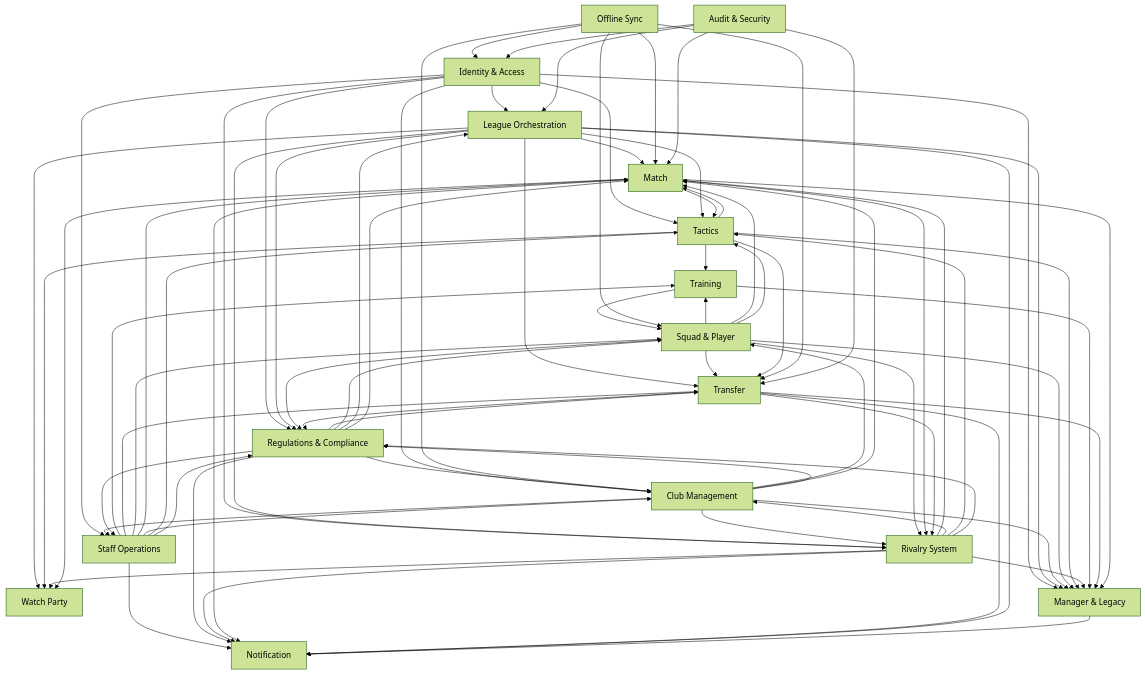
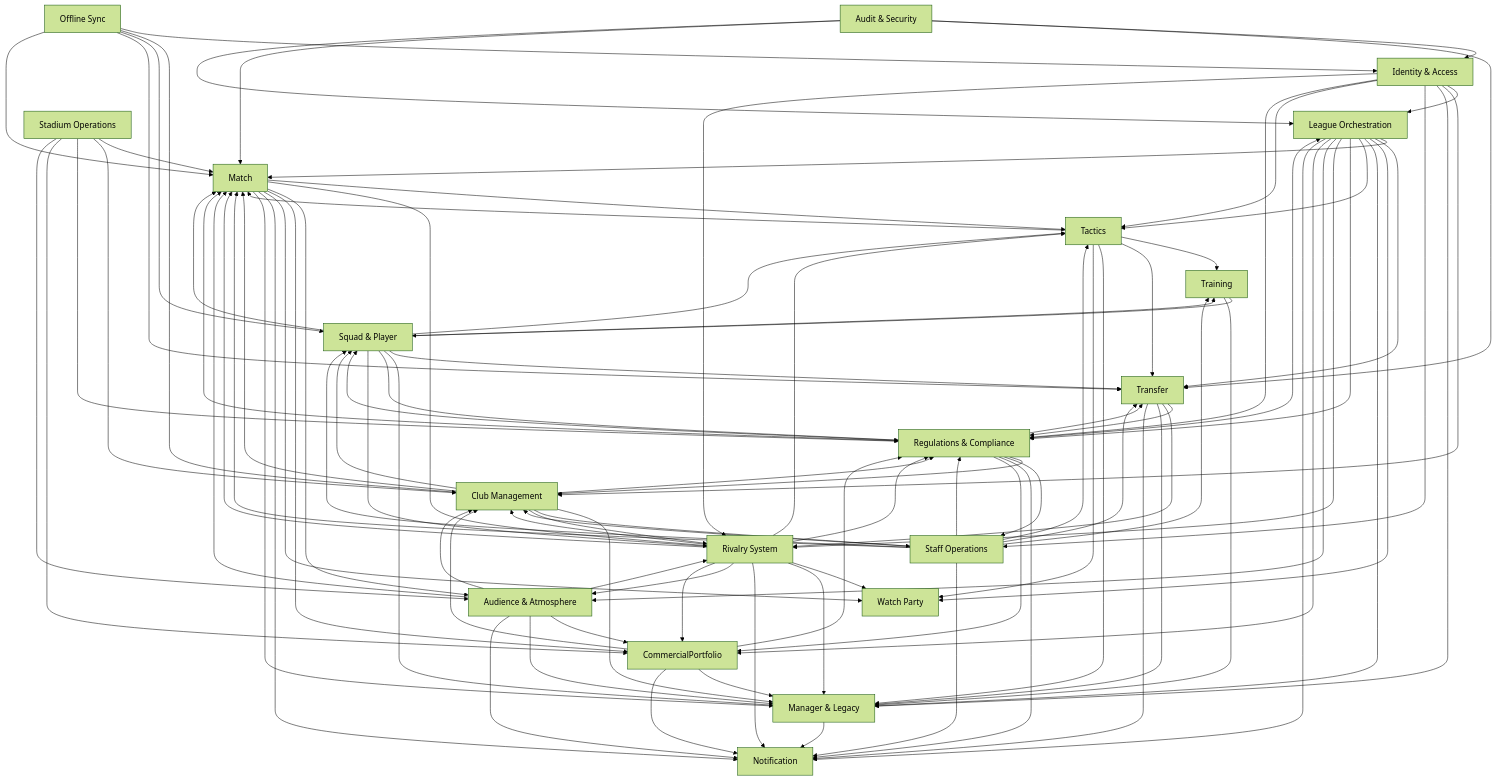
Before and after one commit to EtroxTaran/klubhaus-elf: the diagram in docs/10-Architecture/bounded-context-map.md, drawn with Mermaid (forest theme). The commit also changed other lines of this file and 7 other files, not shown here.

```diff
--- a/docs/10-Architecture/bounded-context-map.md
+++ b/docs/10-Architecture/bounded-context-map.md
@@ -269,6 +437,31 @@
     Rival --> Notif
     Rival --> Tactics
     Rival --> Reg
+    Stadium["Stadium Operations"]
+    AAtmo["Audience & Atmosphere"]
+    CPort["CommercialPortfolio"]
+    Stadium --> Match
+    Stadium --> Club
+    Stadium --> Reg
+    Stadium --> CPort
+    Stadium --> AAtmo
+    AAtmo --> CPort
+    AAtmo --> Rival
+    AAtmo --> Match
+    AAtmo --> ML
+    AAtmo --> Notif
+    AAtmo --> Club
+    Rival --> AAtmo
+    Match --> AAtmo
+    League --> AAtmo
+    CPort --> Club
+    CPort --> Reg
+    CPort --> ML
+    CPort --> Notif
+    Rival --> CPort
+    League --> CPort
+    Match --> CPort
+    Reg --> CPort
     Training --> Squad
     Training --> ML
     Transfer --> ML
```
